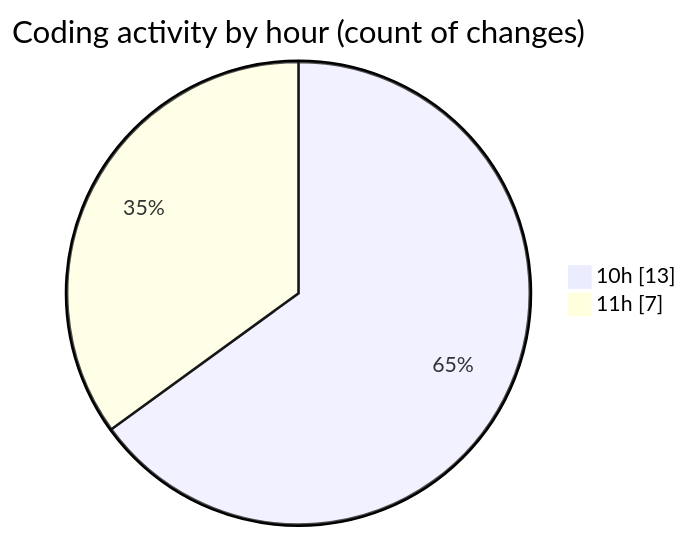
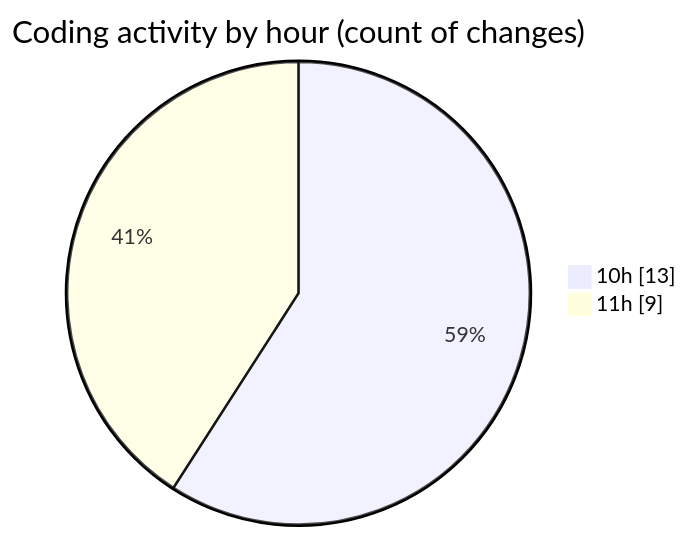
Before and after one commit to momahboobian/code-tracking: the second of 2 diagrams in 2025-05-27/cda/README.md, drawn with Mermaid. The commit also changed other lines of this file and 1 other file, not shown here.

````diff
--- a/2025-05-27/cda/README.md
+++ b/2025-05-27/cda/README.md
@@ -38,6 +38,6 @@
 ```mermaid
 pie showData
 title Coding activity by hour (count of changes)
 "10h" : 13
-"11h" : 7
+"11h" : 9
 ```
````
